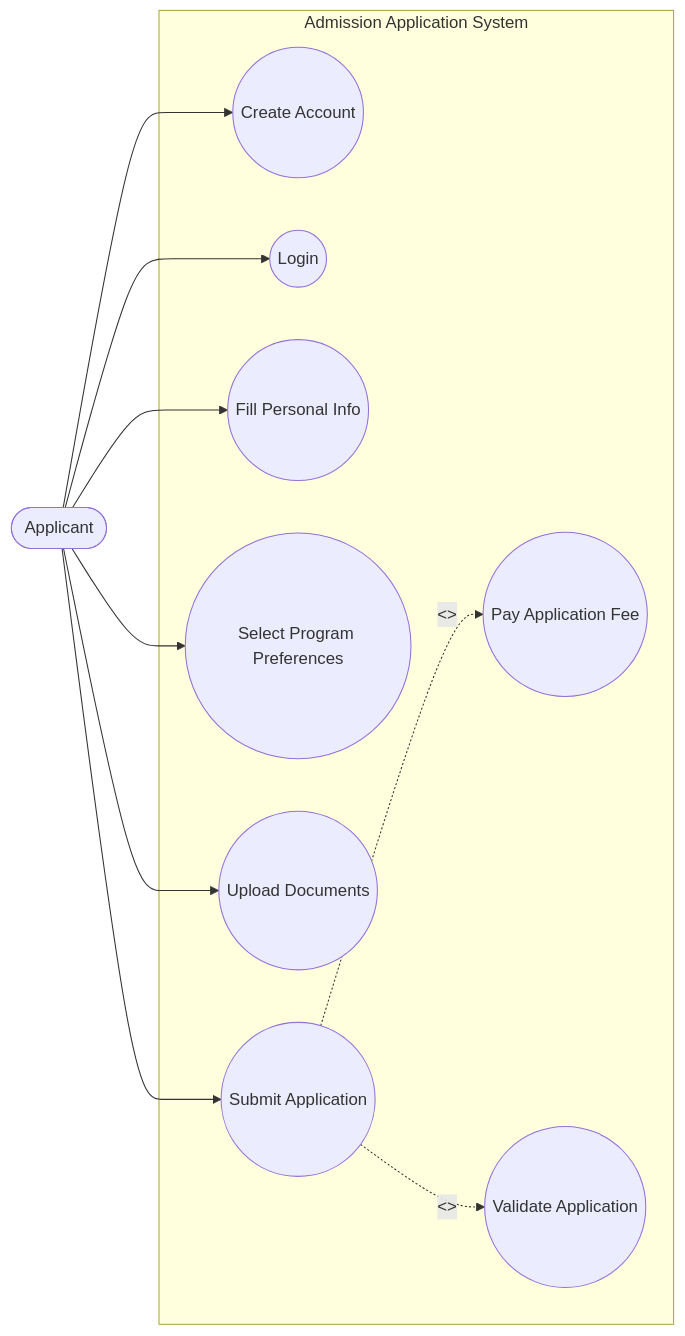
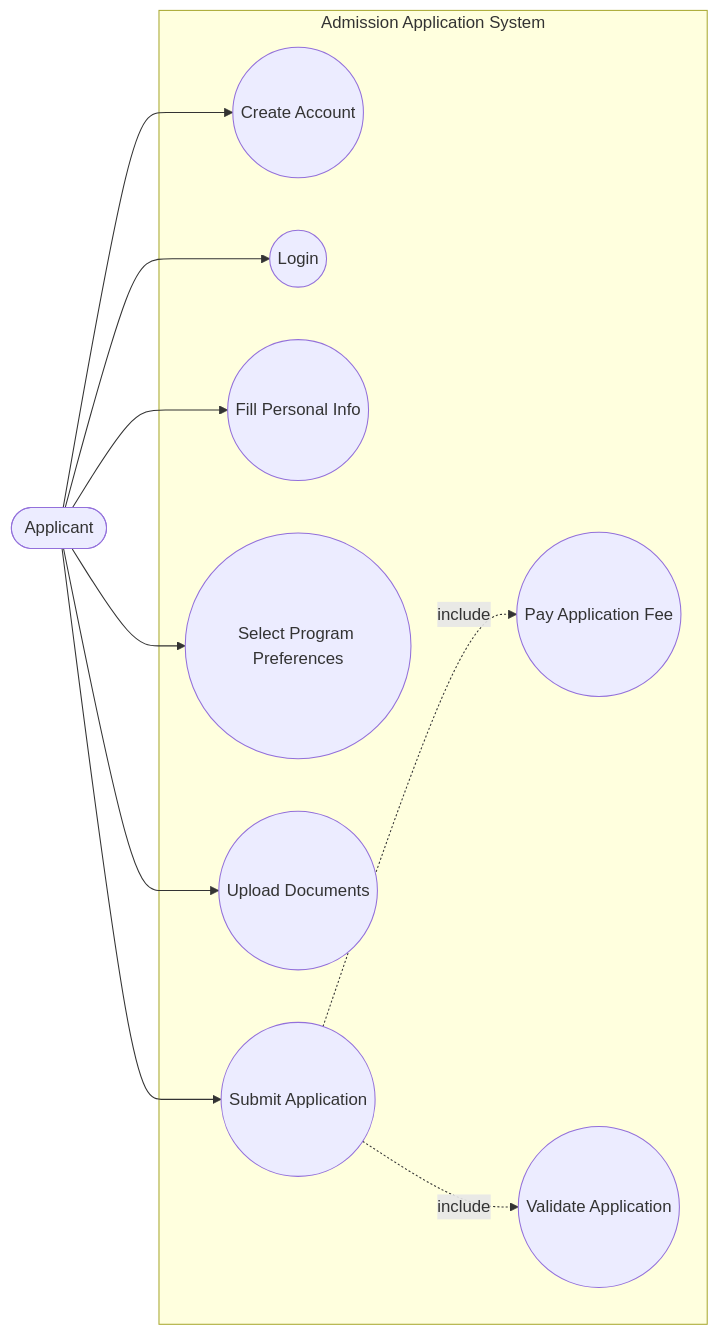
The second of 6 diagrams in 10_past_papers_solved.md (Attash2312/SRE), drawn with Mermaid before and after one commit. The commit also changed other lines of this file and 3 other files, not shown here.

````diff
--- a/10_past_papers_solved.md
+++ b/10_past_papers_solved.md
@@ -233,23 +235,23 @@
 ```mermaid
 flowchart LR
 A([Applicant])
 subgraph ADM[Admission Application System]
   U1((Create Account))
   U2((Login))
   U3((Fill Personal Info))
   U4((Select Program Preferences))
   U5((Upload Documents))
   U6((Submit Application))
   U7((Pay Application Fee))
   U8((Validate Application))
 end
 
 A --> U1
 A --> U2
 A --> U3
 A --> U4
 A --> U5
 A --> U6
-U6 -. <<include>> .-> U8
-U6 -. <<include>> .-> U7
+U6 -.->|include| U8
+U6 -.->|include| U7
 ```
````
